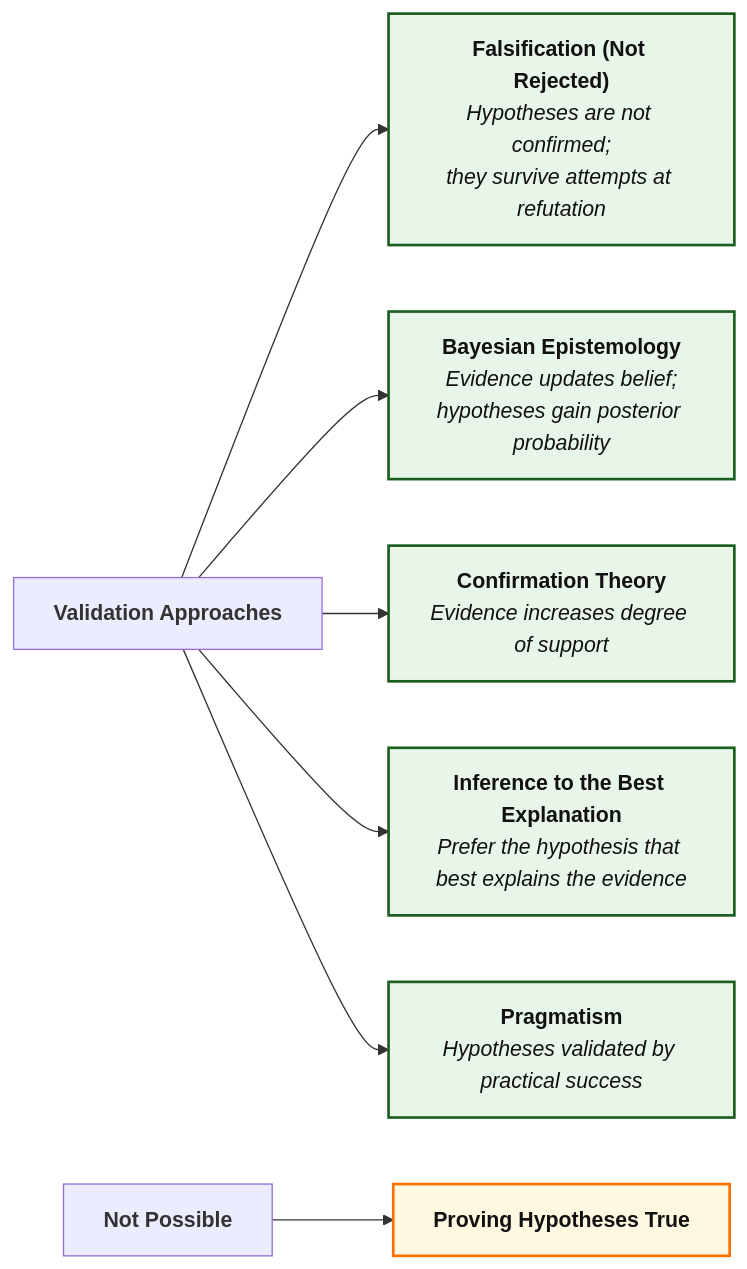
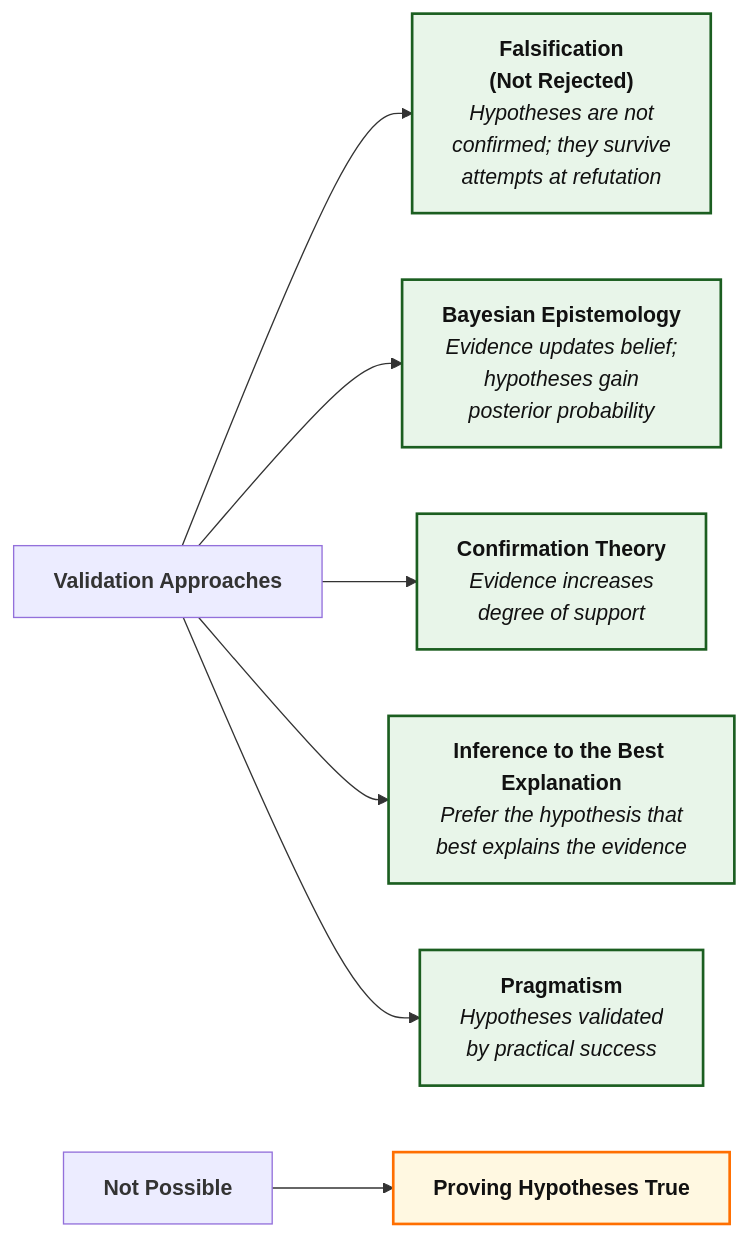
One commit to Tellusant/docs changed the diagram in articles-posts/hypothesis-validation.md. Above: the diagram before and after it, drawn with Mermaid.

```diff
--- a/articles-posts/hypothesis-validation.md
+++ b/articles-posts/hypothesis-validation.md
@@ -12,31 +12,31 @@
 <div class="mermaid">
 
 flowchart LR
 
     V["`**Validation Approaches**`"]:::none
 
-    F["`**Falsification (Not Rejected)**<br/>*Hypotheses are not confirmed;<br/>they survive attempts at refutation*`"]:::strong
-    B["`**Bayesian Epistemology**<br/>*Evidence updates belief;<br/>hypotheses gain posterior probability*`"]:::strong
-    C["`**Confirmation Theory**<br/>*Evidence increases degree of support*`"]:::strong
-    I["`**Inference to the Best Explanation**<br/>*Prefer the hypothesis that best explains the evidence*`"]:::strong
-    R["`**Pragmatism**<br/>*Hypotheses validated by practical success*`"]:::strong
+    F["`**Falsification<br/>(Not Rejected)**<br/>*Hypotheses are not<br/>confirmed; they survive<br/>attempts at refutation*`"]:::strong
+    B["`**Bayesian Epistemology**<br/>*Evidence updates belief;<br/>hypotheses gain<br/>posterior probability*`"]:::strong
+    C["`**Confirmation Theory**<br/>*Evidence increases<br/>degree of support*`"]:::strong
+    I["`**Inference to the Best Explanation**<br/>*Prefer the hypothesis that<br/>best explains the evidence*`"]:::strong
+    R["`**Pragmatism**<br/>*Hypotheses validated<br/>by practical success*`"]:::strong
 
     NV["`**Not Possible**`"]:::none
     CO["`**Proving Hypotheses True**`"]:::mixed
 
     V --> F
     V --> B
     V --> C
     V --> I
     V --> R
     NV--> CO
 
     %% ========= STYLES ========= Labels are from another graph
 classDef strong  fill:#E8F5E9,stroke:#1B5E20,stroke-width:2px,color:#111;
 classDef neutral fill:#E3F2FD,stroke:#0D47A1,stroke-width:2px,color:#111;
 classDef mixed   fill:#FFF8E1,stroke:#FF6F00,stroke-width:2px,color:#111;
 classDef risk    fill:#FDECEA,stroke:#B71C1C,stroke-width:2px,color:#111;
 classDef summary fill:#F5F5F5,stroke:#424242,stroke-width:2px,color:#111;
 classDef anchor fill:transparent,stroke:transparent;
 
 </div>
```
